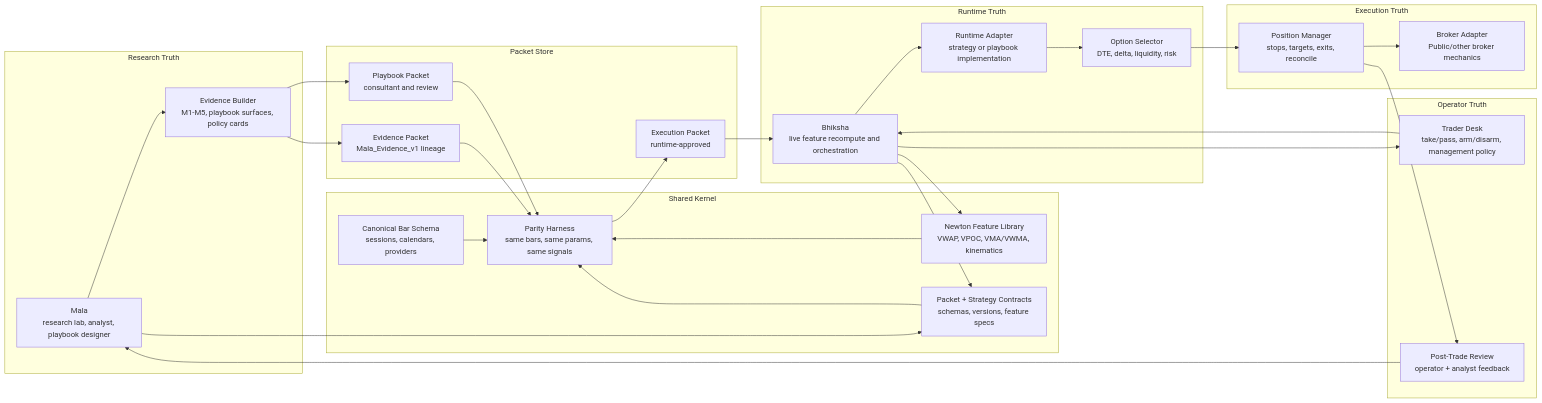
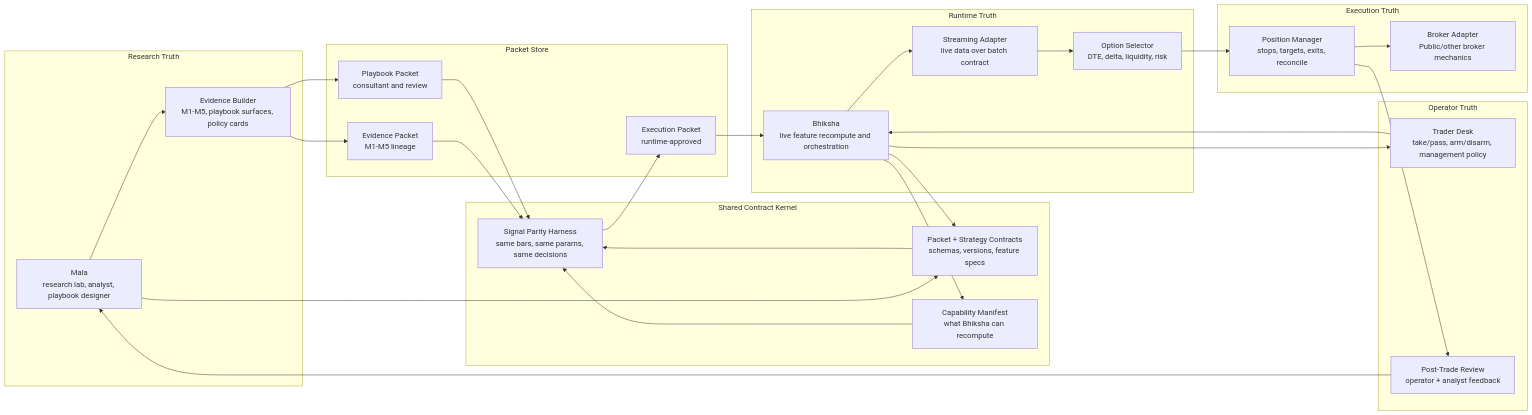
Before and after one commit to skishore1676/mala_v2: the diagram in docs/MALA_BHIKSHA_REFACTOR_ARCHITECTURE.md, drawn with Mermaid. The commit also changed other lines of this file, not shown here.

Commit message:
Refine Mala Bhiksha refactor architecture

````diff
--- a/docs/MALA_BHIKSHA_REFACTOR_ARCHITECTURE.md
+++ b/docs/MALA_BHIKSHA_REFACTOR_ARCHITECTURE.md
@@ -47,58 +71,56 @@
 ```mermaid
 flowchart LR
     subgraph Research["Research Truth"]
         Mala["Mala\nresearch lab, analyst, playbook designer"]
         Evidence["Evidence Builder\nM1-M5, playbook surfaces, policy cards"]
     end
 
-    subgraph Kernel["Shared Kernel"]
-        Bars["Canonical Bar Schema\nsessions, calendars, providers"]
-        Features["Newton Feature Library\nVWAP, VPOC, VMA/VWMA, kinematics"]
+    subgraph Kernel["Shared Contract Kernel"]
         Contracts["Packet + Strategy Contracts\nschemas, versions, feature specs"]
-        Parity["Parity Harness\nsame bars, same params, same signals"]
+        Capabilities["Capability Manifest\nwhat Bhiksha can recompute"]
+        Parity["Signal Parity Harness\nsame bars, same params, same decisions"]
     end
 
     subgraph Registry["Packet Store"]
-        EvidencePacket["Evidence Packet\nMala_Evidence_v1 lineage"]
+        EvidencePacket["Evidence Packet\nM1-M5 lineage"]
         PlaybookPacket["Playbook Packet\nconsultant and review"]
         ExecutionPacket["Execution Packet\nruntime-approved"]
     end
 
     subgraph Runtime["Runtime Truth"]
         Bhiksha["Bhiksha\nlive feature recompute and orchestration"]
-        Adapter["Runtime Adapter\nstrategy or playbook implementation"]
+        Adapter["Streaming Adapter\nlive data over batch contract"]
         OptionSelector["Option Selector\nDTE, delta, liquidity, risk"]
     end
 
     subgraph Execution["Execution Truth"]
         Broker["Broker Adapter\nPublic/other broker mechanics"]
         PositionManager["Position Manager\nstops, targets, exits, reconcile"]
     end
 
     subgraph Operator["Operator Truth"]
         Desk["Trader Desk\ntake/pass, arm/disarm, management policy"]
         Review["Post-Trade Review\noperator + analyst feedback"]
     end
 
     Mala --> Evidence
     Evidence --> EvidencePacket
     Evidence --> PlaybookPacket
     Mala --> Contracts
     Bhiksha --> Contracts
-    Bhiksha --> Features
-    Features --> Parity
-    Bars --> Parity
+    Bhiksha --> Capabilities
+    Capabilities --> Parity
     Contracts --> Parity
     EvidencePacket --> Parity
     PlaybookPacket --> Parity
     Parity --> ExecutionPacket
     ExecutionPacket --> Bhiksha
     Bhiksha --> Adapter
     Adapter --> OptionSelector
     OptionSelector --> PositionManager
     PositionManager --> Broker
     Desk --> Bhiksha
     Bhiksha --> Desk
     PositionManager --> Review
     Review --> Mala
 ```
````
